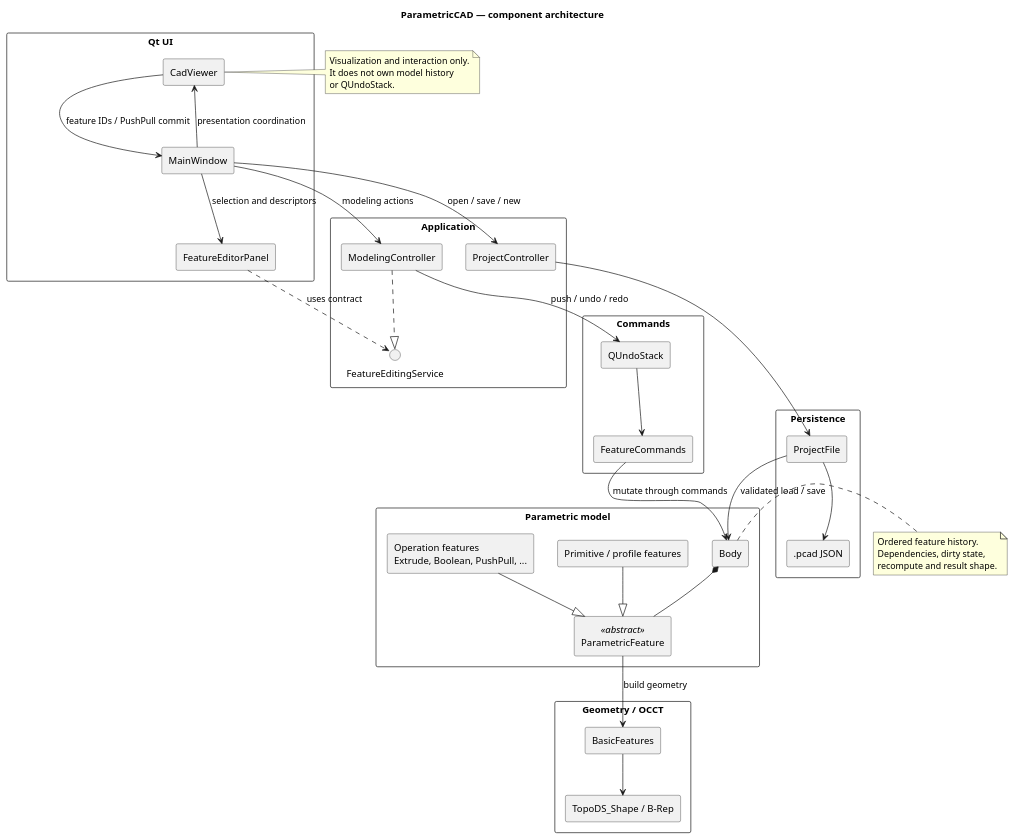
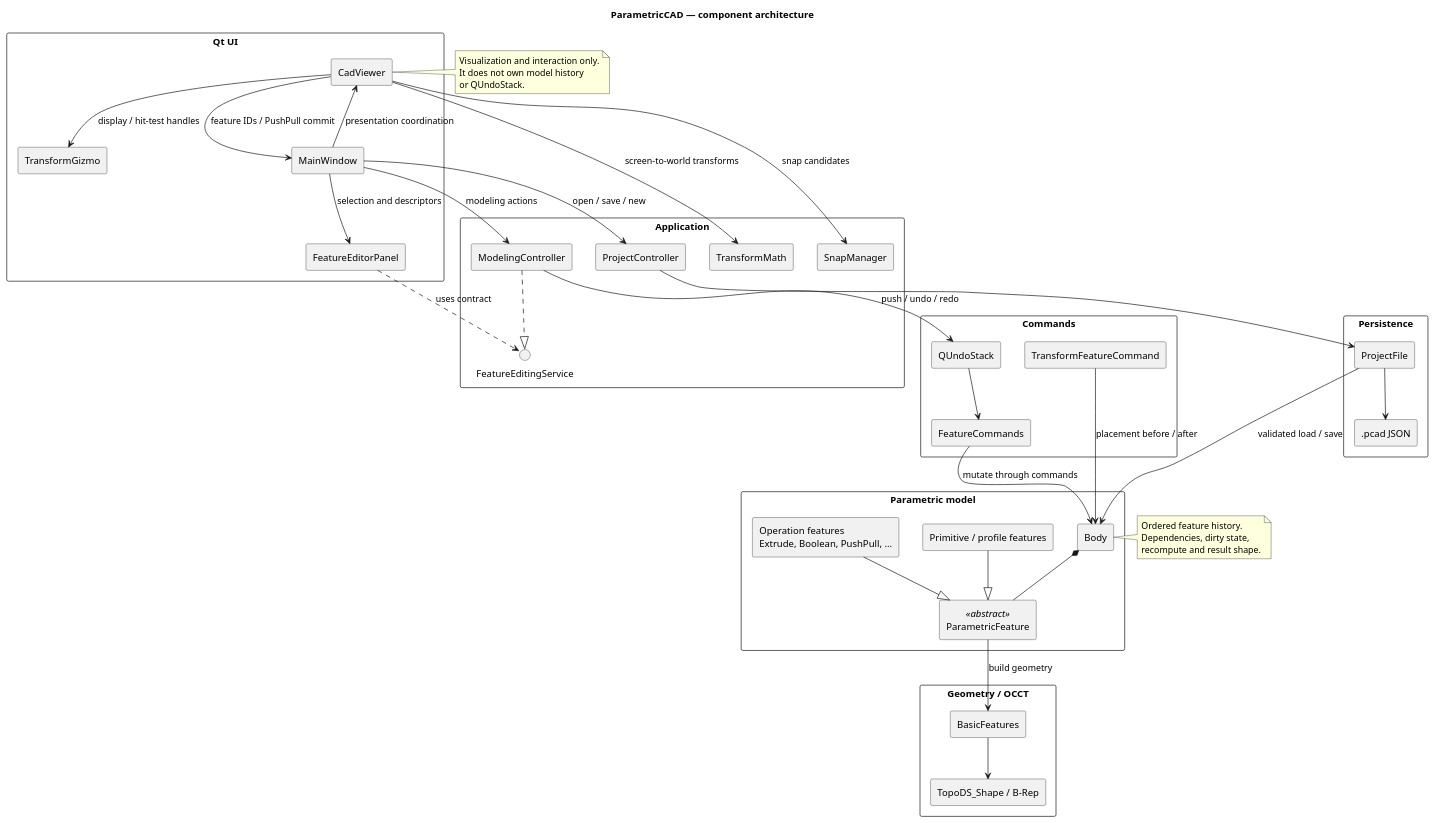
One commit to coltrack-dev/ParametricCAD changed the diagram in docs/diagrams/architecture-overview.puml. Above: the diagram before and after it, drawn with PlantUML. The commit also changed 25 other files, not shown here.

Commit message:
Add CAD transform gizmo with placement undo and snapping

```diff
--- a/docs/diagrams/architecture-overview.puml
+++ b/docs/diagrams/architecture-overview.puml
@@ -1,79 +1,87 @@
 @startuml
 title ParametricCAD — component architecture
 
 skinparam componentStyle rectangle
 skinparam packageStyle rectangle
 skinparam shadowing false
 
 package "Qt UI" {
     component MainWindow
     component FeatureEditorPanel
     component CadViewer
+    component TransformGizmo
 }
 
 package "Application" {
     component ModelingController
     component ProjectController
+    component SnapManager
+    component TransformMath
     interface FeatureEditingService
 }
 
 package "Commands" {
     component QUndoStack
     component FeatureCommands
+    component TransformFeatureCommand
 }
 
 package "Parametric model" {
     component Body
     component ParametricFeature <<abstract>>
     component "Primitive / profile features" as PrimitiveFeatures
     component "Operation features\nExtrude, Boolean, PushPull, ..." as OperationFeatures
 }
 
 package "Geometry / OCCT" {
     component BasicFeatures
     component "TopoDS_Shape / B-Rep" as BRep
 }
 
 package "Persistence" {
     component ProjectFile
     component ".pcad JSON" as Pcad
 }
 
 MainWindow --> ModelingController : modeling actions
 MainWindow --> ProjectController : open / save / new
 MainWindow --> FeatureEditorPanel : selection and descriptors
 MainWindow --> CadViewer : presentation coordination
 
 FeatureEditorPanel ..> FeatureEditingService : uses contract
 ModelingController ..|> FeatureEditingService
 
 CadViewer --> MainWindow : feature IDs / PushPull commit
+CadViewer --> TransformGizmo : display / hit-test handles
+CadViewer --> TransformMath : screen-to-world transforms
+CadViewer --> SnapManager : snap candidates
 
 ModelingController --> QUndoStack : push / undo / redo
 QUndoStack --> FeatureCommands
 FeatureCommands --> Body : mutate through commands
+TransformFeatureCommand --> Body : placement before / after
 
 Body *-- ParametricFeature
 PrimitiveFeatures --|> ParametricFeature
 OperationFeatures --|> ParametricFeature
 
 ParametricFeature --> BasicFeatures : build geometry
 BasicFeatures --> BRep
 
 ProjectController --> ProjectFile
 ProjectFile --> Body : validated load / save
 ProjectFile --> Pcad
 
 note right of CadViewer
   Visualization and interaction only.
   It does not own model history
   or QUndoStack.
 end note
 
 note right of Body
   Ordered feature history.
   Dependencies, dirty state,
   recompute and result shape.
 end note
 
 @enduml
```
